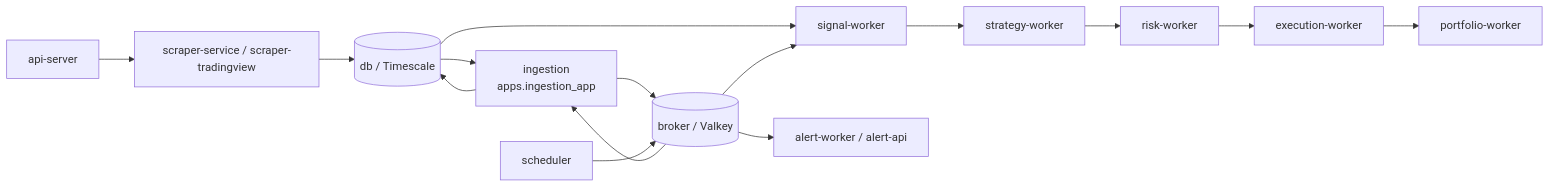
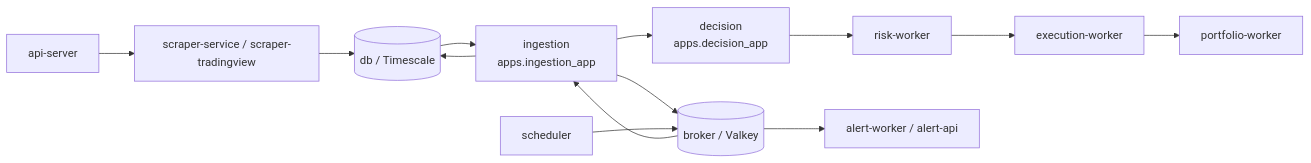
The diagram in docs/docker_topology.md (transparentCode/flipperAgent), drawn with Mermaid before and after one commit. The commit also changed other lines of this file and 198 other files, not shown here.

````diff
--- a/docs/docker_topology.md
+++ b/docs/docker_topology.md
@@ -7,27 +7,24 @@
 ```mermaid
 flowchart LR
     DB[(db / Timescale)]
     VK[(broker / Valkey)]
     I[ingestion\napps.ingestion_app]
-    S[signal-worker]
-    ST[strategy-worker]
+    D[decision\napps.decision_app]
     R[risk-worker]
     E[execution-worker]
     P[portfolio-worker]
     A[alert-worker / alert-api]
     SC[scraper-service / scraper-tradingview]
     API[api-server]
     SCH[scheduler]
 
     DB --> I
     VK --> I
     I --> DB
     I --> VK
-    DB --> S
-    VK --> S
-    S --> ST --> R --> E --> P
+    I --> D --> R --> E --> P
     VK --> A
     SC --> DB
     API --> SC
     SCH --> VK
 ```
````
